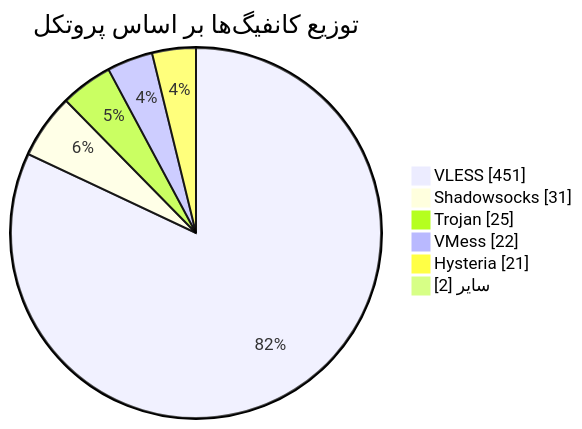
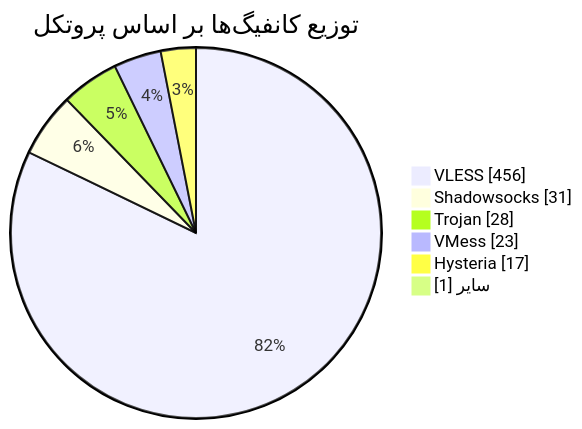
One commit to Arian-Alijani/Somthing changed the diagram in README.md. Above: the diagram before and after it, drawn with Mermaid. The commit also changed other lines of this file and 77 other files, not shown here.

````diff
--- a/README.md
+++ b/README.md
@@ -48,10 +48,10 @@
 ```mermaid
 pie showData
     title توزیع کانفیگ‌ها بر اساس پروتکل
-    "VLESS" : 451
+    "VLESS" : 456
     "Shadowsocks" : 31
-    "Trojan" : 25
-    "VMess" : 22
-    "Hysteria" : 21
-    "سایر" : 2
+    "Trojan" : 28
+    "VMess" : 23
+    "Hysteria" : 17
+    "سایر" : 1
 ```
````
